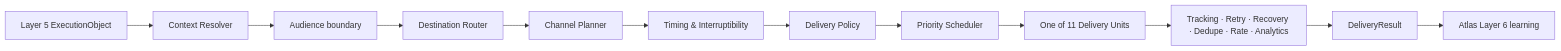
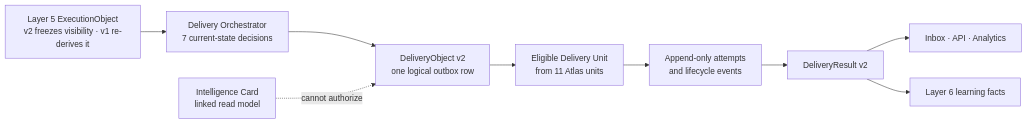
The diagram in System Design/Layer-5.2-Delivery-Engine/00-Overview.md (themoronss/genios-brain), drawn with Mermaid before and after one commit. The commit also changed other lines of this file and 2057 other files, not shown here.

Commit message:
feat: complete system design, delivery, learning, and expertise updates

````diff
--- a/System Design/Layer-5.2-Delivery-Engine/00-Overview.md
+++ b/System Design/Layer-5.2-Delivery-Engine/00-Overview.md
@@ -7,14 +8,11 @@
 ```mermaid
 flowchart LR
-    E["Layer 5 ExecutionObject"] --> C["Context Resolver"]
-    C --> A["Audience boundary"]
-    A --> D["Destination Router"]
-    D --> CH["Channel Planner"]
-    CH --> T["Timing & Interruptibility"]
-    T --> P["Delivery Policy"]
-    P --> S["Priority Scheduler"]
-    S --> U["One of 11 Delivery Units"]
-    U --> M["Tracking · Retry · Recovery · Dedupe · Rate · Analytics"]
-    M --> R["DeliveryResult"]
-    R --> L6["Atlas Layer 6 learning"]
+    E["Layer 5 ExecutionObject<br/>v2 freezes visibility · v1 re-derives it"] --> O["Delivery Orchestrator<br/>7 current-state decisions"]
+    O --> B["DeliveryObject v2<br/>one logical outbox row"]
+    B --> U["Eligible Delivery Unit<br/>from 11 Atlas units"]
+    U --> A["Append-only attempts<br/>and lifecycle events"]
+    A --> R["DeliveryResult v2"]
+    R --> API["Inbox · API · Analytics"]
+    R --> L6["Layer 6 learning facts"]
+    C["Intelligence Card<br/>linked read model"] -. cannot authorize .-> B
 ```
````
